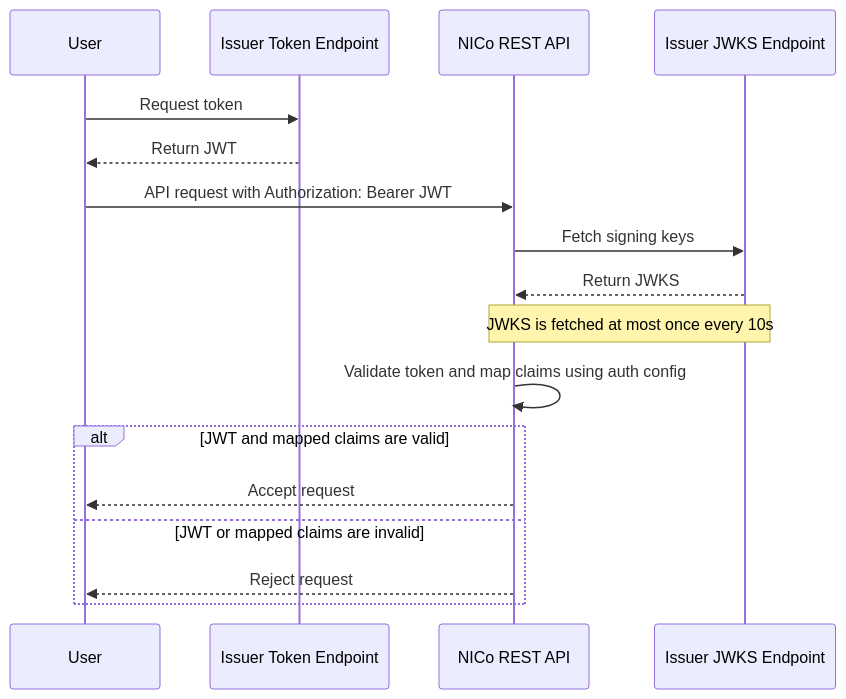
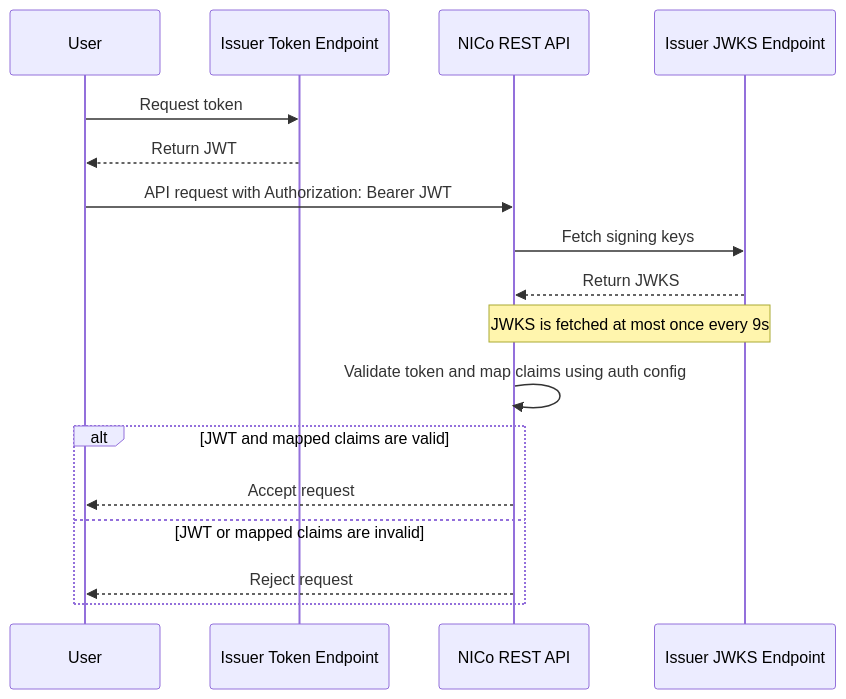
Before and after one commit to dsx-ai-factory/infra-controller: the diagram in rest-api/openapi/auth.md, drawn with Mermaid. The commit also changed other lines of this file and 46 other files, not shown here.

````diff
--- a/rest-api/openapi/auth.md
+++ b/rest-api/openapi/auth.md
@@ -20,20 +20,20 @@
 ```mermaid
 sequenceDiagram
   participant User
   participant Issuer as Issuer Token Endpoint
   participant NICO as NICo REST API
   participant JWKS as Issuer JWKS Endpoint
 
   User->>Issuer: Request token
   Issuer-->>User: Return JWT
   User->>NICO: API request with Authorization: Bearer JWT
   NICO->>JWKS: Fetch signing keys
   JWKS-->>NICO: Return JWKS
-  Note over NICO,JWKS: JWKS is fetched at most once every 10s
+  Note over NICO,JWKS: JWKS is fetched at most once every 9s
   NICO->>NICO: Validate token and map claims using auth config
   alt JWT and mapped claims are valid
     NICO-->>User: Accept request
   else JWT or mapped claims are invalid
     NICO-->>User: Reject request
   end
 ```
````
